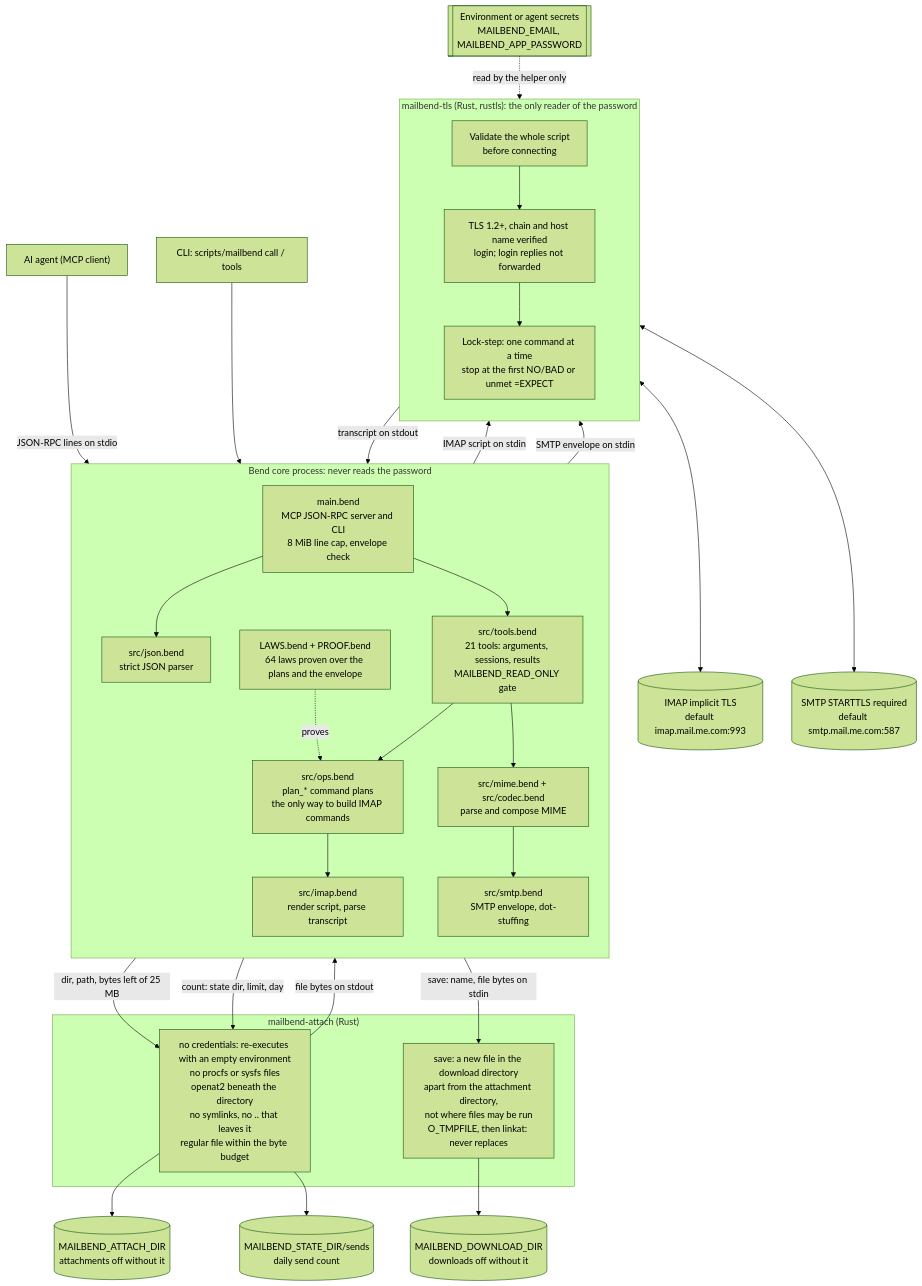
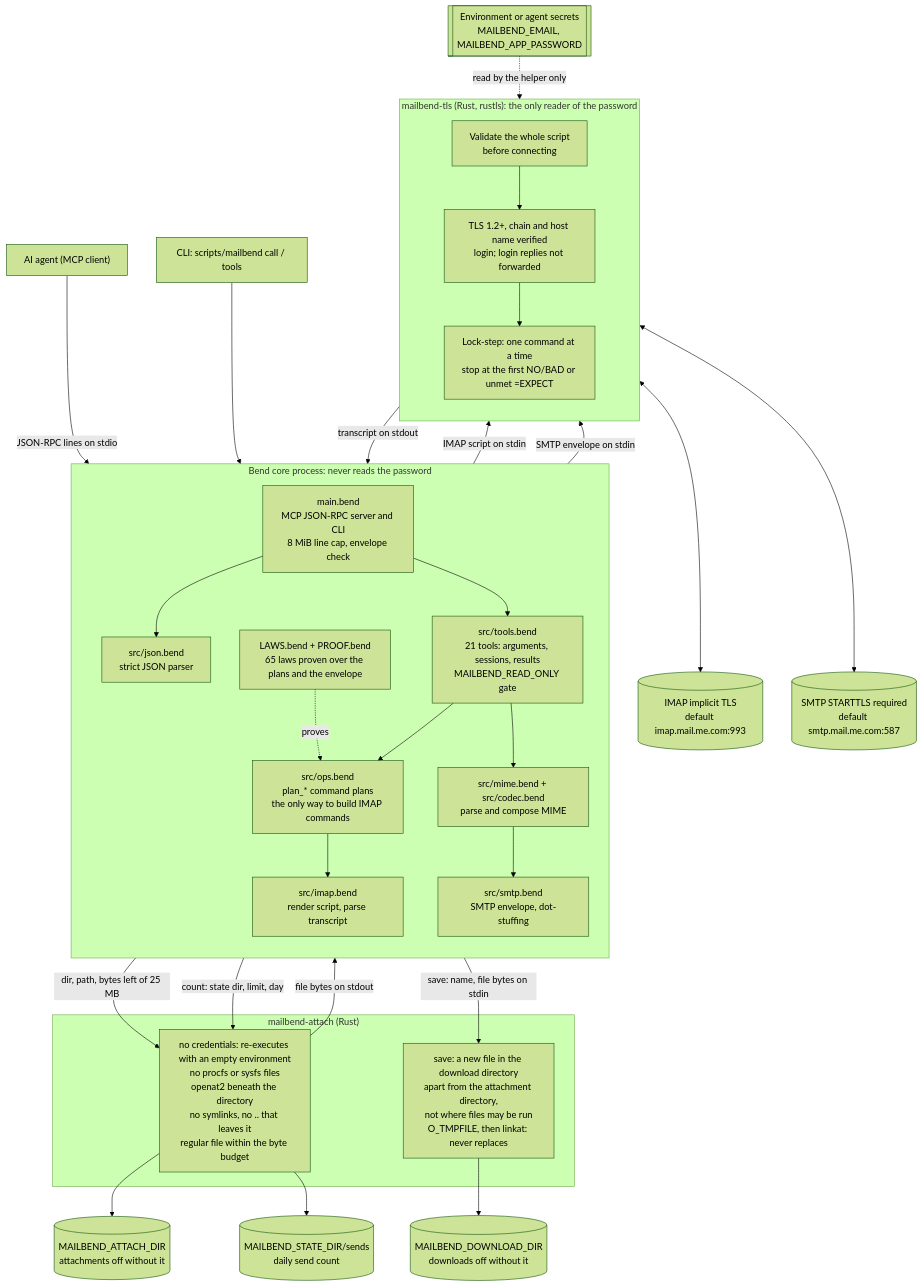
One commit to albertc71/MailBend changed the first of 3 diagrams in docs/ARCHITECTURE.md. Above: the diagram before and after it, drawn with Mermaid (forest theme). The commit also changed other lines of this file and 12 other files, not shown here.

````diff
--- a/docs/ARCHITECTURE.md
+++ b/docs/ARCHITECTURE.md
@@ -28,61 +28,61 @@
 ```mermaid
 flowchart TB
   agent["AI agent (MCP client)"]
   cli["CLI: scripts/mailbend call / tools"]
   env[["Environment or agent secrets<br/>MAILBEND_EMAIL, MAILBEND_APP_PASSWORD"]]
 
   subgraph core["Bend core process: never reads the password"]
     direction TB
     main["main.bend<br/>MCP JSON-RPC server and CLI<br/>8 MiB line cap, envelope check"]
     json["src/json.bend<br/>strict JSON parser"]
     tools["src/tools.bend<br/>21 tools: arguments, sessions, results<br/>MAILBEND_READ_ONLY gate"]
     ops["src/ops.bend<br/>plan_* command plans<br/>the only way to build IMAP commands"]
-    laws["LAWS.bend + PROOF.bend<br/>64 laws proven over the plans and the envelope"]
+    laws["LAWS.bend + PROOF.bend<br/>65 laws proven over the plans and the envelope"]
     imap["src/imap.bend<br/>render script, parse transcript"]
     mime["src/mime.bend + src/codec.bend<br/>parse and compose MIME"]
     smtp["src/smtp.bend<br/>SMTP envelope, dot-stuffing"]
   end
 
   subgraph helper["mailbend-tls (Rust, rustls): the only reader of the password"]
     direction TB
     validate["Validate the whole script<br/>before connecting"]
     tls["TLS 1.2+, chain and host name verified<br/>login; login replies not forwarded"]
     lock["Lock-step: one command at a time<br/>stop at the first NO/BAD or unmet =EXPECT"]
   end
 
   subgraph reader["mailbend-attach (Rust)"]
     attach["no credentials: re-executes with an empty environment<br/>no procfs or sysfs files<br/>openat2 beneath the directory<br/>no symlinks, no .. that leaves it<br/>regular file within the byte budget"]
     save["save: a new file in the download directory<br/>apart from the attachment directory,<br/>not where files may be run<br/>O_TMPFILE, then linkat: never replaces"]
   end
 
   imapsrv[("IMAP implicit TLS<br/>default imap.mail.me.com:993")]
   smtpsrv[("SMTP STARTTLS required<br/>default smtp.mail.me.com:587")]
   files[("MAILBEND_ATTACH_DIR<br/>attachments off without it")]
   sends[("MAILBEND_STATE_DIR/sends<br/>daily send count")]
   downloads[("MAILBEND_DOWNLOAD_DIR<br/>downloads off without it")]
 
   agent -- "JSON-RPC lines on stdio" --> main
   cli --> main
   main --> json
   main --> tools
   tools --> ops
   laws -. "proves" .-> ops
   ops --> imap
   tools --> mime
   mime --> smtp
   imap -- "IMAP script on stdin" --> validate
   smtp -- "SMTP envelope on stdin" --> validate
   validate --> tls
   tls --> lock
   lock <--> imapsrv
   lock <--> smtpsrv
   lock -- "transcript on stdout" --> imap
   tools -- "dir, path, bytes left of 25 MB" --> attach
   attach --> files
   attach -- "file bytes on stdout" --> tools
   tools -- "count: state dir, limit, day" --> attach
   attach --> sends
   tools -- "save: name, file bytes on stdin" --> save
   save --> downloads
   env -. "read by the helper only" .-> tls
 ```
````
